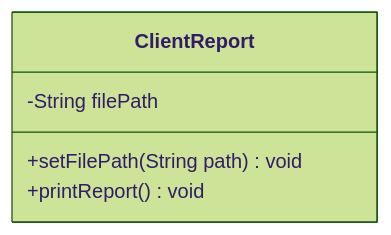
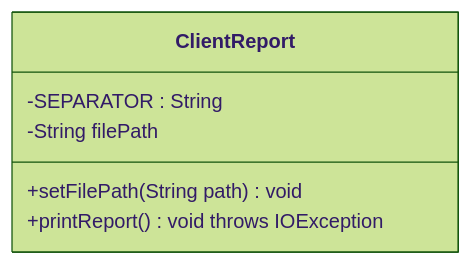
Before and after one commit to RenatoGarciaLopes/JavaIradoNoTxt: the diagram in ClientReport/client-report-class.uml.mermaid, drawn with Mermaid (forest theme). The commit also changed 13 other files, not shown here.

Commit message:
refactor: update UML diagrams and method signatures for ClientRegistration and ClientReport to enhance clarity and consistency

```diff
--- a/ClientReport/client-report-class.uml.mermaid
+++ b/ClientReport/client-report-class.uml.mermaid
@@ -1,6 +1,7 @@
 classDiagram
     class ClientReport {
+        -SEPARATOR : String
         -String filePath
         +setFilePath(String path) void
-        +printReport() void
+        +printReport() void throws IOException
     }
```
